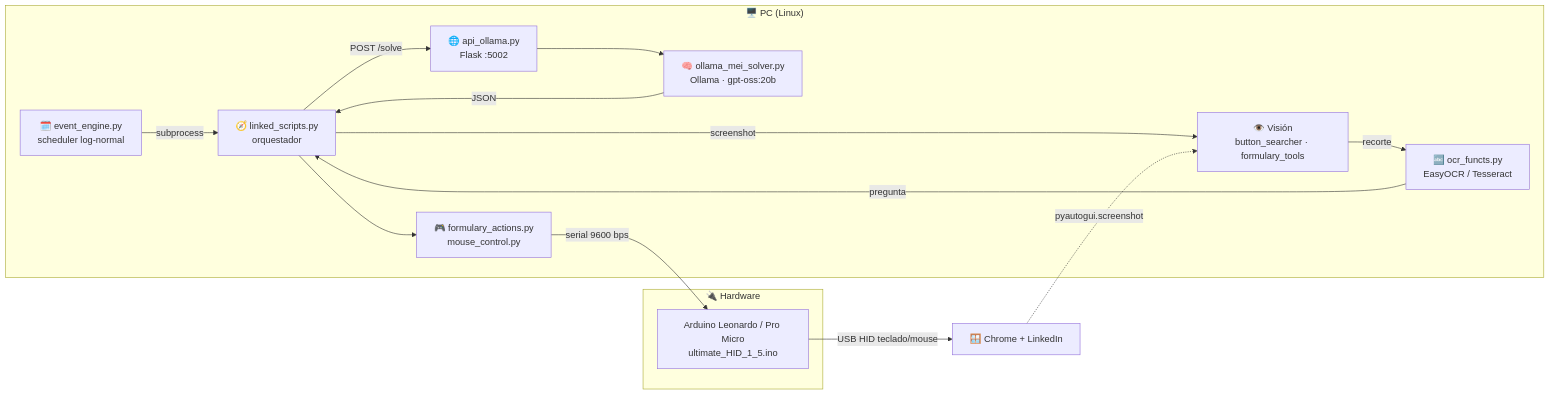
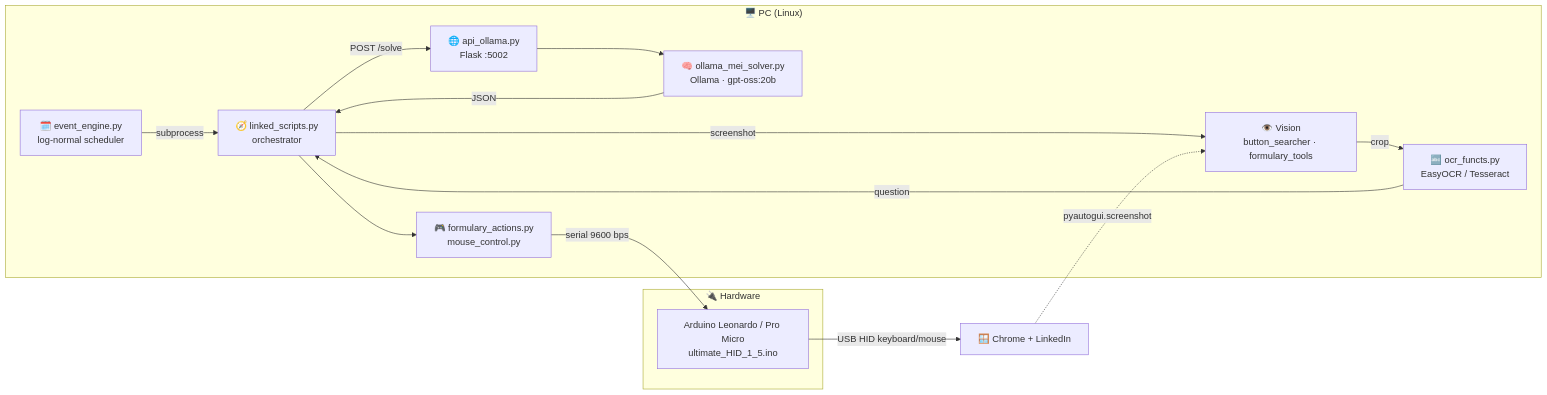
One commit to satoshinakamoto137/Ln_agents_pub changed the first of 2 diagrams in README.md. Above: the diagram before and after it, drawn with Mermaid. The commit also changed other lines of this file, not shown here.

````diff
--- a/README.md
+++ b/README.md
@@ -43,29 +43,29 @@
 ```mermaid
 flowchart LR
     subgraph PC["🖥️ PC (Linux)"]
-        EE["🗓️ event_engine.py<br/>scheduler log-normal"]
-        LS["🧭 linked_scripts.py<br/>orquestador"]
-        VIS["👁️ Visión<br/>button_searcher · formulary_tools"]
+        EE["🗓️ event_engine.py<br/>log-normal scheduler"]
+        LS["🧭 linked_scripts.py<br/>orchestrator"]
+        VIS["👁️ Vision<br/>button_searcher · formulary_tools"]
         OCR["🔤 ocr_functs.py<br/>EasyOCR / Tesseract"]
         API["🌐 api_ollama.py<br/>Flask :5002"]
         MEI["🧠 ollama_mei_solver.py<br/>Ollama · gpt-oss:20b"]
         ACT["🎮 formulary_actions.py<br/>mouse_control.py"]
     end
 
     subgraph HW["🔌 Hardware"]
         ARD["Arduino Leonardo / Pro Micro<br/>ultimate_HID_1_5.ino"]
     end
 
     SCREEN["🪟 Chrome + LinkedIn"]
 
     EE -->|subprocess| LS
     LS -->|screenshot| VIS
-    VIS -->|recorte| OCR
-    OCR -->|pregunta| LS
+    VIS -->|crop| OCR
+    OCR -->|question| LS
     LS -->|POST /solve| API --> MEI
     MEI -->|JSON| LS
     LS --> ACT
     ACT -->|serial 9600 bps| ARD
-    ARD -->|USB HID teclado/mouse| SCREEN
+    ARD -->|USB HID keyboard/mouse| SCREEN
     SCREEN -.->|pyautogui.screenshot| VIS
 ```
````
